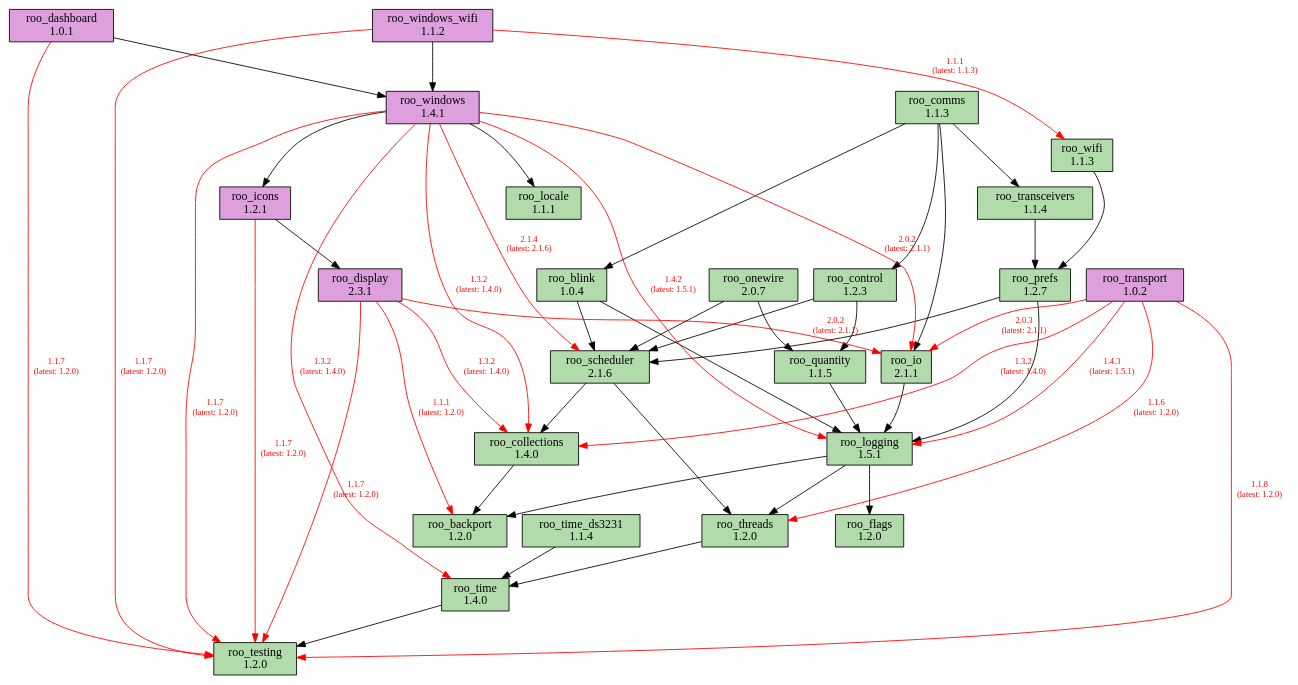
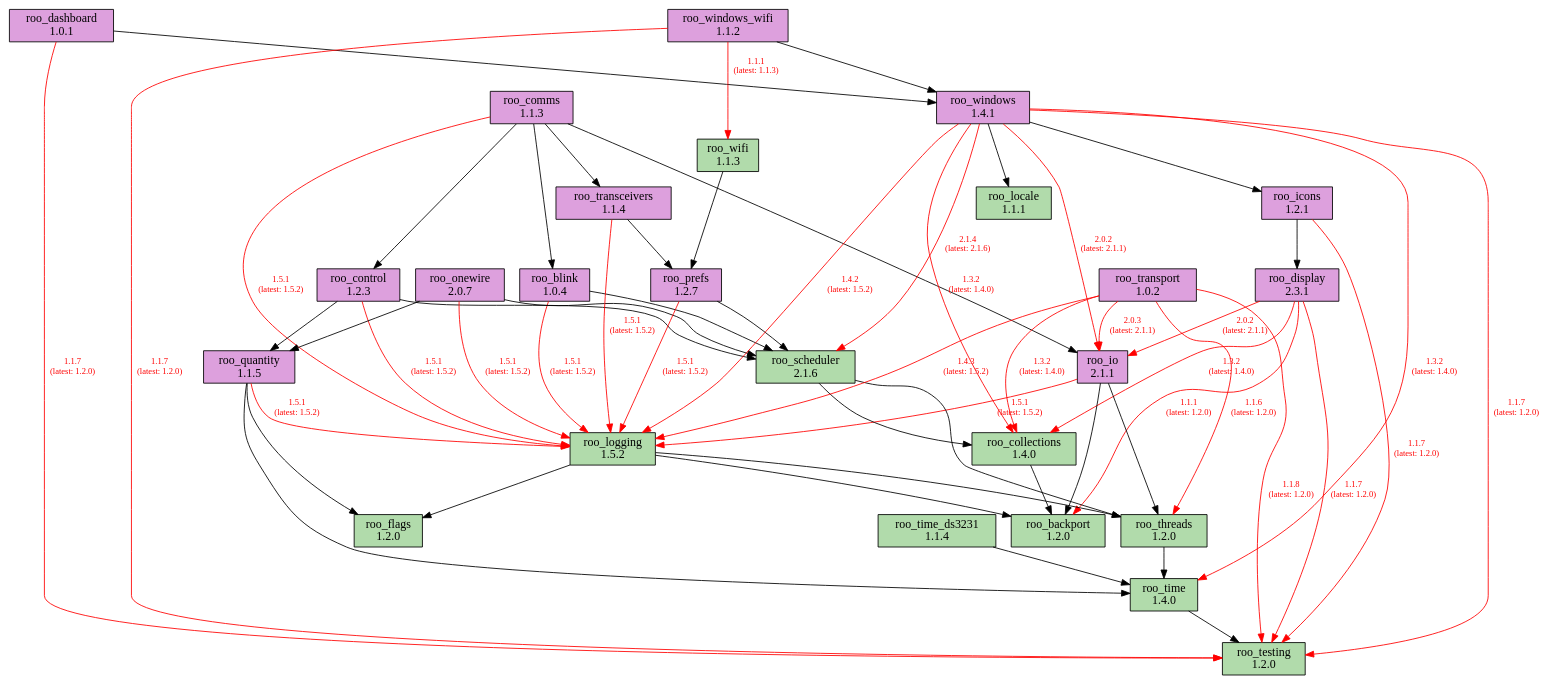
Before and after one commit to dejwk/roo-registry: the diagram in doc/dependencies.dot, drawn with Graphviz. The commit also changed 3 other files, not shown here.

Commit message:
Added roo_logging 1.5.2 to the registry.

```diff
--- a/doc/dependencies.dot
+++ b/doc/dependencies.dot
@@ -1,83 +1,91 @@
 digraph dependencies {
     rankdir=TB;
     node [shape=box, style=filled];
     edge [fontsize=10];
 
     // Modules
     "roo_backport" [label="roo_backport\n1.2.0", fillcolor="#b1dbab"];
-    "roo_blink" [label="roo_blink\n1.0.4", fillcolor="#b1dbab"];
+    "roo_blink" [label="roo_blink\n1.0.4", fillcolor="plum"];
     "roo_collections" [label="roo_collections\n1.4.0", fillcolor="#b1dbab"];
-    "roo_comms" [label="roo_comms\n1.1.3", fillcolor="#b1dbab"];
-    "roo_control" [label="roo_control\n1.2.3", fillcolor="#b1dbab"];
+    "roo_comms" [label="roo_comms\n1.1.3", fillcolor="plum"];
+    "roo_control" [label="roo_control\n1.2.3", fillcolor="plum"];
     "roo_dashboard" [label="roo_dashboard\n1.0.1", fillcolor="plum"];
     "roo_display" [label="roo_display\n2.3.1", fillcolor="plum"];
     "roo_flags" [label="roo_flags\n1.2.0", fillcolor="#b1dbab"];
     "roo_icons" [label="roo_icons\n1.2.1", fillcolor="plum"];
-    "roo_io" [label="roo_io\n2.1.1", fillcolor="#b1dbab"];
+    "roo_io" [label="roo_io\n2.1.1", fillcolor="plum"];
     "roo_locale" [label="roo_locale\n1.1.1", fillcolor="#b1dbab"];
-    "roo_logging" [label="roo_logging\n1.5.1", fillcolor="#b1dbab"];
-    "roo_onewire" [label="roo_onewire\n2.0.7", fillcolor="#b1dbab"];
-    "roo_prefs" [label="roo_prefs\n1.2.7", fillcolor="#b1dbab"];
-    "roo_quantity" [label="roo_quantity\n1.1.5", fillcolor="#b1dbab"];
+    "roo_logging" [label="roo_logging\n1.5.2", fillcolor="#b1dbab"];
+    "roo_onewire" [label="roo_onewire\n2.0.7", fillcolor="plum"];
+    "roo_prefs" [label="roo_prefs\n1.2.7", fillcolor="plum"];
+    "roo_quantity" [label="roo_quantity\n1.1.5", fillcolor="plum"];
     "roo_scheduler" [label="roo_scheduler\n2.1.6", fillcolor="#b1dbab"];
     "roo_testing" [label="roo_testing\n1.2.0", fillcolor="#b1dbab"];
     "roo_threads" [label="roo_threads\n1.2.0", fillcolor="#b1dbab"];
     "roo_time" [label="roo_time\n1.4.0", fillcolor="#b1dbab"];
     "roo_time_ds3231" [label="roo_time_ds3231\n1.1.4", fillcolor="#b1dbab"];
-    "roo_transceivers" [label="roo_transceivers\n1.1.4", fillcolor="#b1dbab"];
+    "roo_transceivers" [label="roo_transceivers\n1.1.4", fillcolor="plum"];
     "roo_transport" [label="roo_transport\n1.0.2", fillcolor="plum"];
     "roo_wifi" [label="roo_wifi\n1.1.3", fillcolor="#b1dbab"];
     "roo_windows" [label="roo_windows\n1.4.1", fillcolor="plum"];
     "roo_windows_wifi" [label="roo_windows_wifi\n1.1.2", fillcolor="plum"];
 
     // Dependencies
-    "roo_blink" -> "roo_logging";
+    "roo_blink" -> "roo_logging" [color=red, fontcolor=red, label="1.5.1\n(latest: 1.5.2)"];
     "roo_blink" -> "roo_scheduler";
     "roo_collections" -> "roo_backport";
     "roo_comms" -> "roo_blink";
     "roo_comms" -> "roo_control";
     "roo_comms" -> "roo_io";
+    "roo_comms" -> "roo_logging" [color=red, fontcolor=red, label="1.5.1\n(latest: 1.5.2)"];
     "roo_comms" -> "roo_transceivers";
+    "roo_control" -> "roo_logging" [color=red, fontcolor=red, label="1.5.1\n(latest: 1.5.2)"];
     "roo_control" -> "roo_quantity";
     "roo_control" -> "roo_scheduler";
     "roo_dashboard" -> "roo_testing" [color=red, fontcolor=red, label="1.1.7\n(latest: 1.2.0)"];
     "roo_dashboard" -> "roo_windows";
     "roo_display" -> "roo_testing" [color=red, fontcolor=red, label="1.1.7\n(latest: 1.2.0)"];
     "roo_display" -> "roo_backport" [color=red, fontcolor=red, label="1.1.1\n(latest: 1.2.0)"];
     "roo_display" -> "roo_collections" [color=red, fontcolor=red, label="1.3.2\n(latest: 1.4.0)"];
     "roo_display" -> "roo_io" [color=red, fontcolor=red, label="2.0.2\n(latest: 2.1.1)"];
     "roo_icons" -> "roo_testing" [color=red, fontcolor=red, label="1.1.7\n(latest: 1.2.0)"];
     "roo_icons" -> "roo_display";
-    "roo_io" -> "roo_logging";
+    "roo_io" -> "roo_backport";
+    "roo_io" -> "roo_logging" [color=red, fontcolor=red, label="1.5.1\n(latest: 1.5.2)"];
+    "roo_io" -> "roo_threads";
     "roo_logging" -> "roo_backport";
     "roo_logging" -> "roo_flags";
     "roo_logging" -> "roo_threads";
+    "roo_onewire" -> "roo_logging" [color=red, fontcolor=red, label="1.5.1\n(latest: 1.5.2)"];
     "roo_onewire" -> "roo_scheduler";
     "roo_onewire" -> "roo_quantity";
-    "roo_prefs" -> "roo_logging";
+    "roo_prefs" -> "roo_logging" [color=red, fontcolor=red, label="1.5.1\n(latest: 1.5.2)"];
     "roo_prefs" -> "roo_scheduler";
-    "roo_quantity" -> "roo_logging";
+    "roo_quantity" -> "roo_flags";
+    "roo_quantity" -> "roo_logging" [color=red, fontcolor=red, label="1.5.1\n(latest: 1.5.2)"];
+    "roo_quantity" -> "roo_time";
     "roo_scheduler" -> "roo_collections";
     "roo_scheduler" -> "roo_threads";
     "roo_threads" -> "roo_time";
     "roo_time" -> "roo_testing";
     "roo_time_ds3231" -> "roo_time";
+    "roo_transceivers" -> "roo_logging" [color=red, fontcolor=red, label="1.5.1\n(latest: 1.5.2)"];
     "roo_transceivers" -> "roo_prefs";
     "roo_transport" -> "roo_testing" [color=red, fontcolor=red, label="1.1.8\n(latest: 1.2.0)"];
     "roo_transport" -> "roo_collections" [color=red, fontcolor=red, label="1.3.2\n(latest: 1.4.0)"];
     "roo_transport" -> "roo_io" [color=red, fontcolor=red, label="2.0.3\n(latest: 2.1.1)"];
-    "roo_transport" -> "roo_logging" [color=red, fontcolor=red, label="1.4.3\n(latest: 1.5.1)"];
+    "roo_transport" -> "roo_logging" [color=red, fontcolor=red, label="1.4.3\n(latest: 1.5.2)"];
     "roo_transport" -> "roo_threads" [color=red, fontcolor=red, label="1.1.6\n(latest: 1.2.0)"];
     "roo_wifi" -> "roo_prefs";
     "roo_windows" -> "roo_testing" [color=red, fontcolor=red, label="1.1.7\n(latest: 1.2.0)"];
     "roo_windows" -> "roo_collections" [color=red, fontcolor=red, label="1.3.2\n(latest: 1.4.0)"];
     "roo_windows" -> "roo_locale";
-    "roo_windows" -> "roo_logging" [color=red, fontcolor=red, label="1.4.2\n(latest: 1.5.1)"];
+    "roo_windows" -> "roo_logging" [color=red, fontcolor=red, label="1.4.2\n(latest: 1.5.2)"];
     "roo_windows" -> "roo_icons";
     "roo_windows" -> "roo_io" [color=red, fontcolor=red, label="2.0.2\n(latest: 2.1.1)"];
     "roo_windows" -> "roo_scheduler" [color=red, fontcolor=red, label="2.1.4\n(latest: 2.1.6)"];
     "roo_windows" -> "roo_time" [color=red, fontcolor=red, label="1.3.2\n(latest: 1.4.0)"];
     "roo_windows_wifi" -> "roo_testing" [color=red, fontcolor=red, label="1.1.7\n(latest: 1.2.0)"];
     "roo_windows_wifi" -> "roo_wifi" [color=red, fontcolor=red, label="1.1.1\n(latest: 1.1.3)"];
     "roo_windows_wifi" -> "roo_windows";
 }
```
